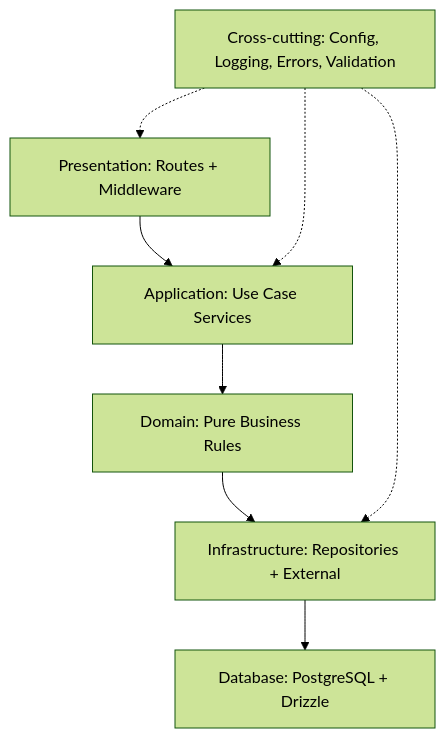
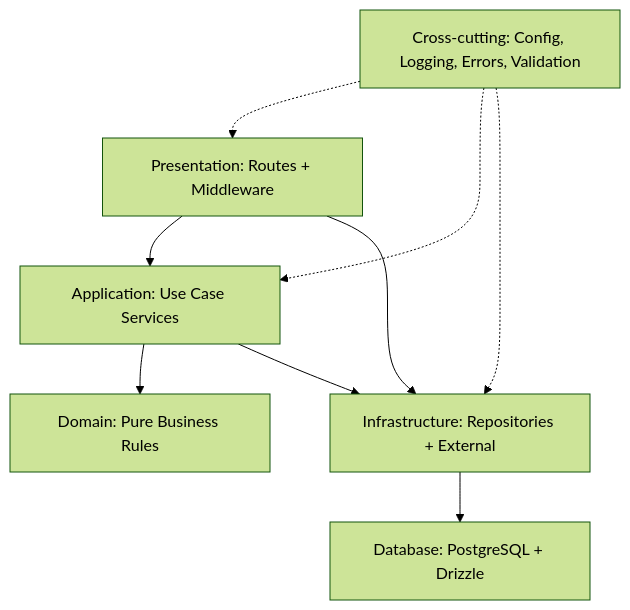
Before and after one commit to AhmadZaqiq/usage-metering-quota-service: the diagram in README.md, drawn with Mermaid (forest theme). The commit also changed other lines of this file and 4 other files, not shown here.

````diff
--- a/README.md
+++ b/README.md
@@ -32,11 +33,12 @@
 ```mermaid
 graph TD
     A[Presentation: Routes + Middleware] --> B[Application: Use Case Services]
     B --> C[Domain: Pure Business Rules]
-    C --> D[Infrastructure: Repositories + External]
+    A --> D[Infrastructure: Repositories + External]
+    B --> D
     D --> E[Database: PostgreSQL + Drizzle]
     
     F[Cross-cutting: Config, Logging, Errors, Validation] -.-> A
     F -.-> B
     F -.-> D
 ```
````
